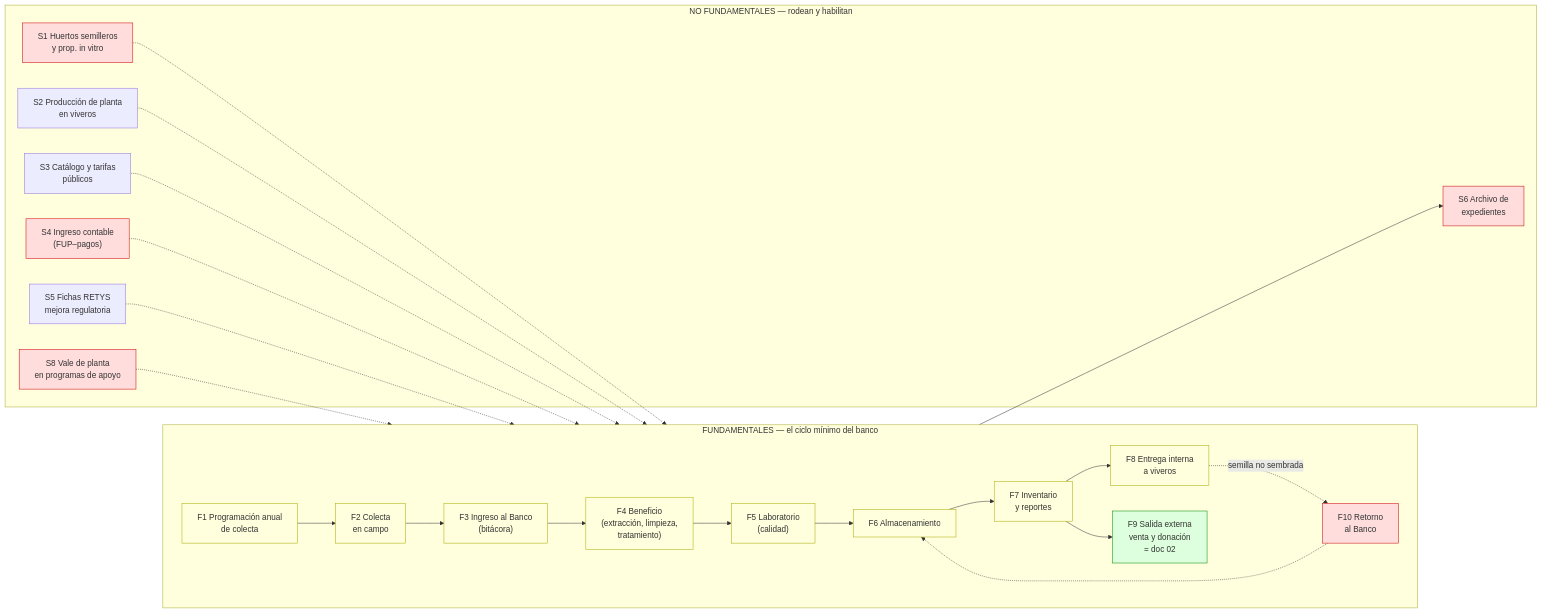
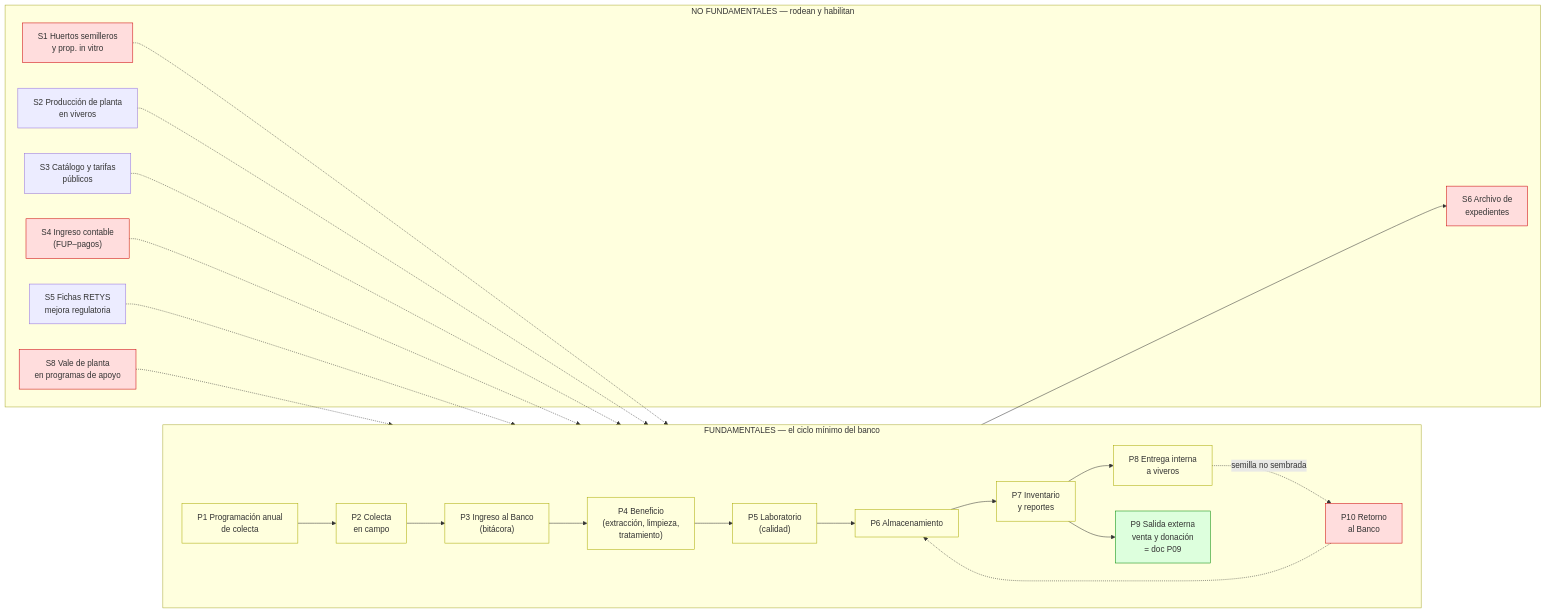
Before and after one commit to TakedaTakeishi/proyecto-fepi: the diagram in Docs/Joni/Germoplasma/01_MAPA_PROCESOS_Y_VACIOS_GERMOPLASMA.md, drawn with Mermaid. The commit also changed other lines of this file and 12 other files, not shown here.

Commit message:
P09 v2: rename 02→P09 (nomenclatura del mapa), pasos ID A#/B#, diagramas PlantUML carbon con carriles por rol, doble check de orígenes con páginas, N-19..21, mapa F→P y estado de P09

````diff
--- a/Docs/Joni/Germoplasma/01_MAPA_PROCESOS_Y_VACIOS_GERMOPLASMA.md
+++ b/Docs/Joni/Germoplasma/01_MAPA_PROCESOS_Y_VACIOS_GERMOPLASMA.md
@@ -22,26 +22,26 @@
 ```mermaid
 flowchart LR
     subgraph FUND ["FUNDAMENTALES — el ciclo mínimo del banco"]
         direction LR
-        F1["F1 Programación anual<br/>de colecta"] --> F2["F2 Colecta<br/>en campo"] --> F3["F3 Ingreso al Banco<br/>(bitácora)"] --> F4["F4 Beneficio<br/>(extracción, limpieza,<br/>tratamiento)"] --> F5["F5 Laboratorio<br/>(calidad)"] --> F6["F6 Almacenamiento"] --> F7["F7 Inventario<br/>y reportes"]
-        F7 --> F8["F8 Entrega interna<br/>a viveros"]
-        F7 --> F9["F9 Salida externa<br/>venta y donación<br/>= doc 02"]
-        F8 -. "semilla no sembrada" .-> F10["F10 Retorno<br/>al Banco"] -.-> F6
+        P1["P1 Programación anual<br/>de colecta"] --> P2["P2 Colecta<br/>en campo"] --> P3["P3 Ingreso al Banco<br/>(bitácora)"] --> P4["P4 Beneficio<br/>(extracción, limpieza,<br/>tratamiento)"] --> P5["P5 Laboratorio<br/>(calidad)"] --> P6["P6 Almacenamiento"] --> P7["P7 Inventario<br/>y reportes"]
+        P7 --> P8["P8 Entrega interna<br/>a viveros"]
+        P7 --> P9["P9 Salida externa<br/>venta y donación<br/>= doc P09"]
+        P8 -. "semilla no sembrada" .-> P10["P10 Retorno<br/>al Banco"] -.-> P6
     end
     subgraph APOYO ["NO FUNDAMENTALES — rodean y habilitan"]
-        S1["S1 Huertos semilleros<br/>y prop. in vitro"] -.-> F2
-        S2["S2 Producción de planta<br/>en viveros"] -.-> F8
-        S3["S3 Catálogo y tarifas<br/>públicos"] -.-> F9
-        S4["S4 Ingreso contable<br/>(FUP–pagos)"] -.-> F9
-        S5["S5 Fichas RETYS<br/>mejora regulatoria"] -.-> F9
+        S1["S1 Huertos semilleros<br/>y prop. in vitro"] -.-> P2
+        S2["S2 Producción de planta<br/>en viveros"] -.-> P8
+        S3["S3 Catálogo y tarifas<br/>públicos"] -.-> P9
+        S4["S4 Ingreso contable<br/>(FUP–pagos)"] -.-> P9
+        S5["S5 Fichas RETYS<br/>mejora regulatoria"] -.-> P9
         S6["S6 Archivo de<br/>expedientes"]
-        S8["S8 Vale de planta<br/>en programas de apoyo"] -.-> F9
+        S8["S8 Vale de planta<br/>en programas de apoyo"] -.-> P9
     end
-    F9 --> S6
+    P9 --> S6
     classDef verde fill:#dfd,stroke:#080;
     classDef amarillo fill:#ffd,stroke:#aa0;
     classDef rojo fill:#fdd,stroke:#c00;
-    class F9 verde;
-    class F1,F2,F3,F4,F5,F6,F7,F8 amarillo;
-    class F10,S1,S4,S6,S8 rojo;
+    class P9 verde;
+    class P1,P2,P3,P4,P5,P6,P7,P8 amarillo;
+    class P10,S1,S4,S6,S8 rojo;
 ```
````
